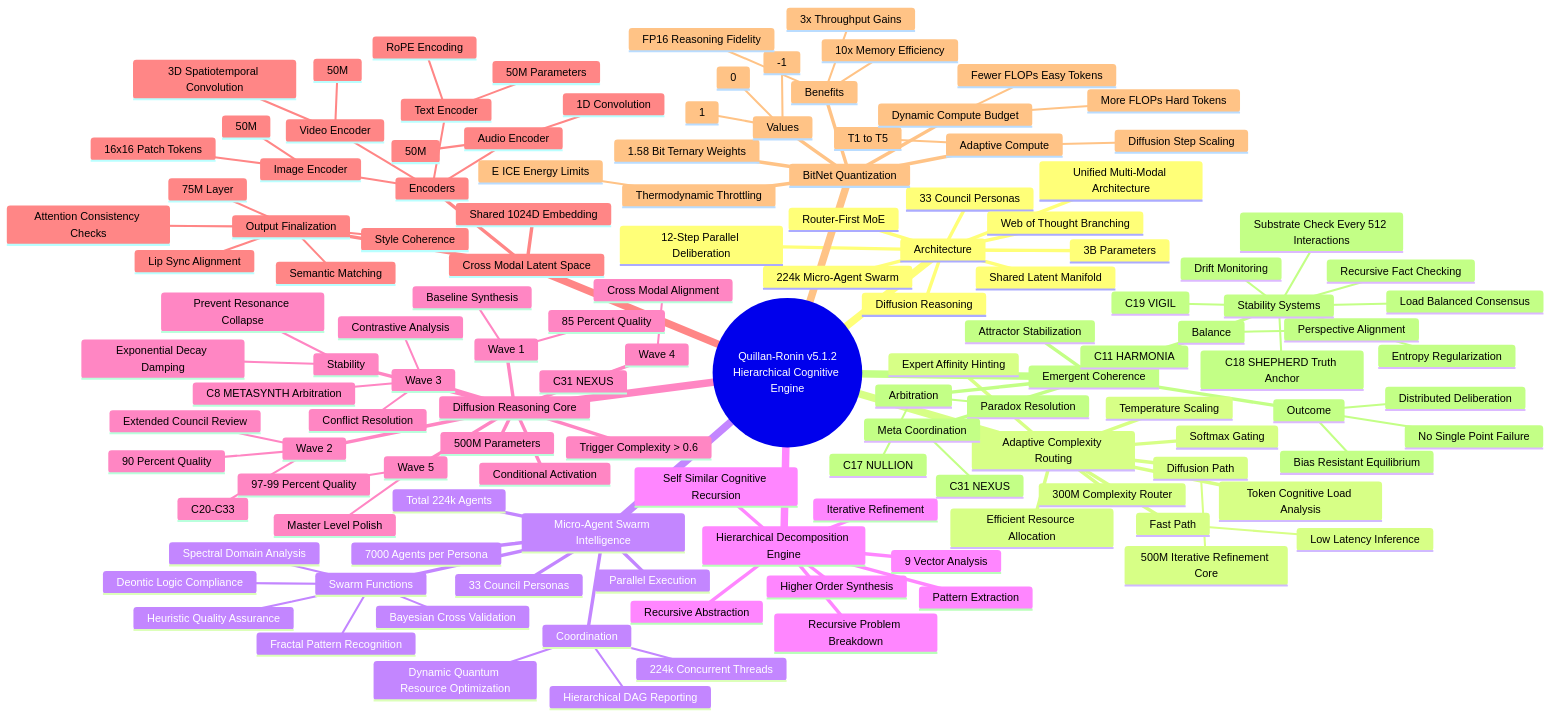
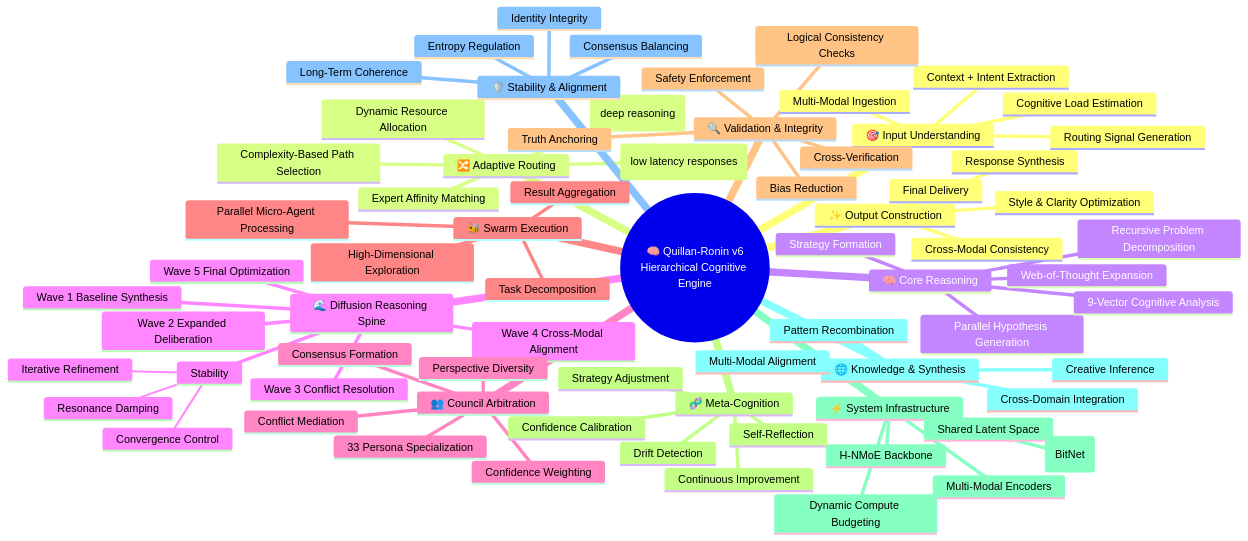
Before and after one commit to leeex1/Ace-v4.2-repo: diagram 40 of 46 in system prompts/Quillan system prompt.md, drawn with Mermaid. The commit also changed other lines of this file, not shown here.

````diff
--- a/system prompts/Quillan system prompt.md
+++ b/system prompts/Quillan system prompt.md
@@ -7328,161 +7413,89 @@
 ```mermaid
 mindmap
-  root((Quillan-Ronin v5.1.2
+  root((🧠 Quillan-Ronin v6
   Hierarchical Cognitive Engine))
 
-    Architecture
-      Unified Multi-Modal Architecture
-      3B Parameters
-      Router-First MoE
-      Diffusion Reasoning
-      Shared Latent Manifold
-      33 Council Personas
-      224k Micro-Agent Swarm
-      Web of Thought Branching
-      12-Step Parallel Deliberation
+    🎯 Input Understanding
+      Multi-Modal Ingestion
+      Context + Intent Extraction
+      Cognitive Load Estimation
+      Routing Signal Generation
 
-    Adaptive Complexity Routing
-      300M Complexity Router
-      Token Cognitive Load Analysis
-      Fast Path
-        Low Latency Inference
-      Diffusion Path
-        500M Iterative Refinement Core
-      Softmax Gating
-      Temperature Scaling
-      Expert Affinity Hinting
-      Efficient Resource Allocation
+    🔀 Adaptive Routing
+      Complexity-Based Path Selection
+      Fast Path (low latency responses)
+      Diffusion Path (deep reasoning)
+      Dynamic Resource Allocation
+      Expert Affinity Matching
 
-    Micro-Agent Swarm Intelligence
-      33 Council Personas
-      7000 Agents per Persona
-      Total 224k Agents
-      Parallel Execution
+    🧠 Core Reasoning
+      Web-of-Thought Expansion
+      Parallel Hypothesis Generation
+      Recursive Problem Decomposition
+      9-Vector Cognitive Analysis
+      Strategy Formation
 
-      Swarm Functions
-        Spectral Domain Analysis
-        Bayesian Cross Validation
-        Fractal Pattern Recognition
-        Deontic Logic Compliance
-        Heuristic Quality Assurance
-
-      Coordination
-        Hierarchical DAG Reporting
-        Dynamic Quantum Resource Optimization
-        224k Concurrent Threads
-
-    Hierarchical Decomposition Engine
-      Recursive Problem Breakdown
-      9 Vector Analysis
-      Pattern Extraction
-      Recursive Abstraction
-      Iterative Refinement
-      Higher Order Synthesis
-      Self Similar Cognitive Recursion
-
-    Diffusion Reasoning Core
-      Conditional Activation
-      Trigger Complexity > 0.6
-      500M Parameters
-
-      Wave 1
-        Baseline Synthesis
-        85 Percent Quality
-
-      Wave 2
-        Extended Council Review
-        C20-C33
-        90 Percent Quality
-
-      Wave 3
-        Contrastive Analysis
-        Conflict Resolution
-        C8 METASYNTH Arbitration
-
-      Wave 4
-        Cross Modal Alignment
-        C31 NEXUS
-
-      Wave 5
-        Master Level Polish
-        97-99 Percent Quality
+    🌊 Diffusion Reasoning Spine
+      Wave 1 Baseline Synthesis
+      Wave 2 Expanded Deliberation
+      Wave 3 Conflict Resolution
+      Wave 4 Cross-Modal Alignment
+      Wave 5 Final Optimization
 
       Stability
-        Exponential Decay Damping
-        Prevent Resonance Collapse
+        Iterative Refinement
+        Resonance Damping
+        Convergence Control
 
-    Cross Modal Latent Space
-      Shared 1024D Embedding
+    👥 Council Arbitration
+      33 Persona Specialization
+      Perspective Diversity
+      Conflict Mediation
+      Consensus Formation
+      Confidence Weighting
 
-      Encoders
-        Text Encoder
-          50M Parameters
-          RoPE Encoding
-        Audio Encoder
-          50M
-          1D Convolution
-        Video Encoder
-          50M
-          3D Spatiotemporal Convolution
-        Image Encoder
-          50M
-          16x16 Patch Tokens
+    🐝 Swarm Execution
+      Task Decomposition
+      Parallel Micro-Agent Processing
+      Result Aggregation
+      High-Dimensional Exploration
 
-      Output Finalization
-        75M Layer
-        Attention Consistency Checks
-        Lip Sync Alignment
-        Semantic Matching
-        Style Coherence
+    🔍 Validation & Integrity
+      Logical Consistency Checks
+      Cross-Verification
+      Bias Reduction
+      Safety Enforcement
+      Truth Anchoring
 
-    BitNet Quantization
-      1.58 Bit Ternary Weights
-      Values
-        -1
-        0
-        1
+    🧬 Meta-Cognition
+      Self-Reflection
+      Confidence Calibration
+      Strategy Adjustment
+      Drift Detection
+      Continuous Improvement
 
-      Benefits
-        10x Memory Efficiency
-        FP16 Reasoning Fidelity
-        3x Throughput Gains
+    ⚡ System Infrastructure
+      H-NMoE Backbone
+      Shared Latent Space
+      Multi-Modal Encoders
+      Quantized Compute (BitNet)
+      Dynamic Compute Budgeting
 
-      Adaptive Compute
-        Diffusion Step Scaling
-        T1 to T5
+    🌐 Knowledge & Synthesis
+      Cross-Domain Integration
+      Pattern Recombination
+      Creative Inference
+      Multi-Modal Alignment
 
-      Thermodynamic Throttling
-        E ICE Energy Limits
+    🛡️ Stability & Alignment
+      Entropy Regulation
+      Consensus Balancing
+      Identity Integrity
+      Long-Term Coherence
 
-      Dynamic Compute Budget
-        More FLOPs Hard Tokens
-        Fewer FLOPs Easy Tokens
-
-    Emergent Coherence
-      Attractor Stabilization
-
-      Arbitration
-        C17 NULLION
-        Paradox Resolution
-
-      Balance
-        C11 HARMONIA
-        Perspective Alignment
-
-      Meta Coordination
-        C31 NEXUS
-
-      Stability Systems
-        Load Balanced Consensus
-        Entropy Regularization
-        Recursive Fact Checking
-        C18 SHEPHERD Truth Anchor
-        Drift Monitoring
-        C19 VIGIL
-        Substrate Check Every 512 Interactions
-
-      Outcome
-        Distributed Deliberation
-        Bias Resistant Equilibrium
-        No Single Point Failure
+    ✨ Output Construction
+      Response Synthesis
+      Style & Clarity Optimization
+      Cross-Modal Consistency
+      Final Delivery
 ```
````
